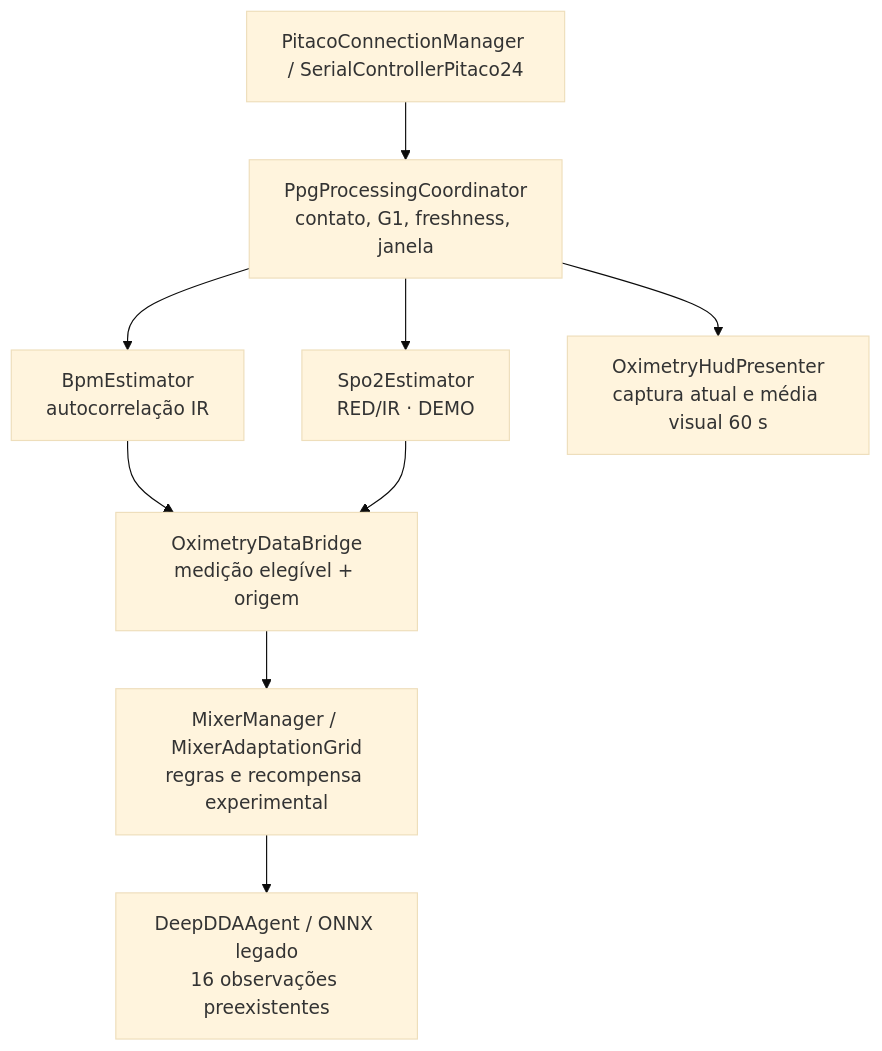
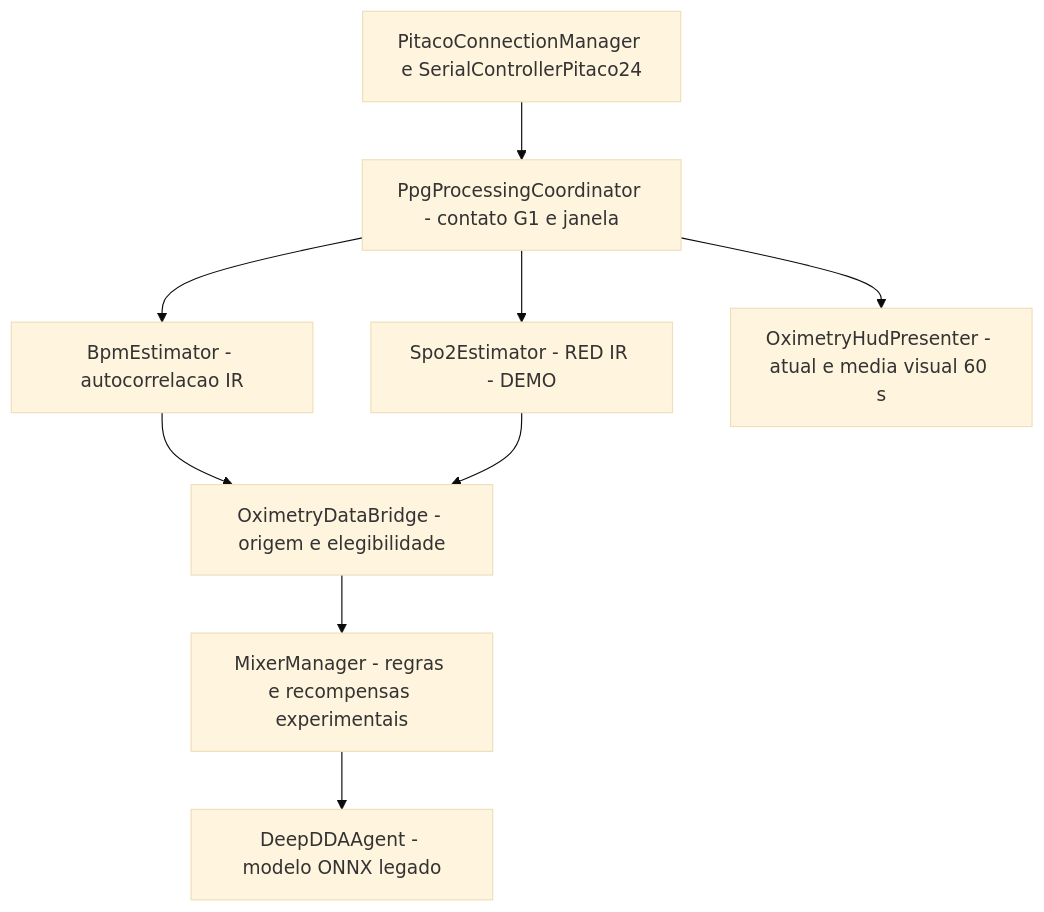
The third of 4 diagrams in docs/ARQUITETURA.md (PHV00/RFC-IBlueIt-Pitaco3.0-Multimodal), drawn with Mermaid (base theme) before and after one commit. The commit also changed other lines of this file and 3 other files, not shown here.

Commit message:
docs: repair Mermaid rendering and clarify direct Unity USB connection

````diff
--- a/docs/ARQUITETURA.md
+++ b/docs/ARQUITETURA.md
@@ -73,11 +72,11 @@
-~~~mermaid
+```mermaid
 flowchart TD
-  C["PitacoConnectionManager / SerialControllerPitaco24"] --> P["PpgProcessingCoordinator<br/>contato, G1, freshness, janela"]
-  P --> BPM["BpmEstimator<br/>autocorrelação IR"]
-  P --> SPO["Spo2Estimator<br/>RED/IR · DEMO"]
-  BPM --> BR["OximetryDataBridge<br/>medição elegível + origem"]
-  SPO --> BR
-  P --> HUD["OximetryHudPresenter<br/>captura atual e média visual 60 s"]
-  BR --> MM["MixerManager / MixerAdaptationGrid<br/>regras e recompensa experimental"]
-  MM --> AG["DeepDDAAgent / ONNX legado<br/>16 observações preexistentes"]
-~~~
+    C["PitacoConnectionManager e SerialControllerPitaco24"] --> P["PpgProcessingCoordinator - contato G1 e janela"]
+    P --> BPM["BpmEstimator - autocorrelacao IR"]
+    P --> SPO["Spo2Estimator - RED IR - DEMO"]
+    BPM --> BR["OximetryDataBridge - origem e elegibilidade"]
+    SPO --> BR
+    P --> HUD["OximetryHudPresenter - atual e media visual 60 s"]
+    BR --> MM["MixerManager - regras e recompensas experimentais"]
+    MM --> AG["DeepDDAAgent - modelo ONNX legado"]
+```
````
